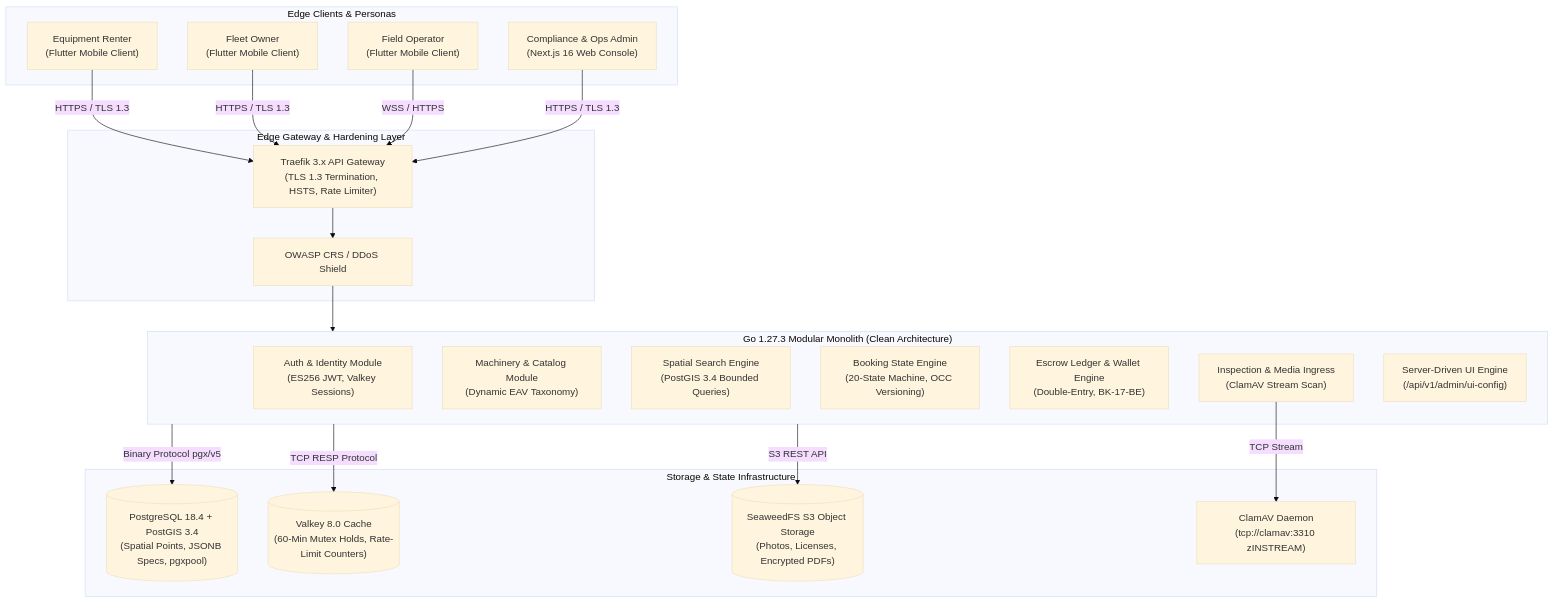
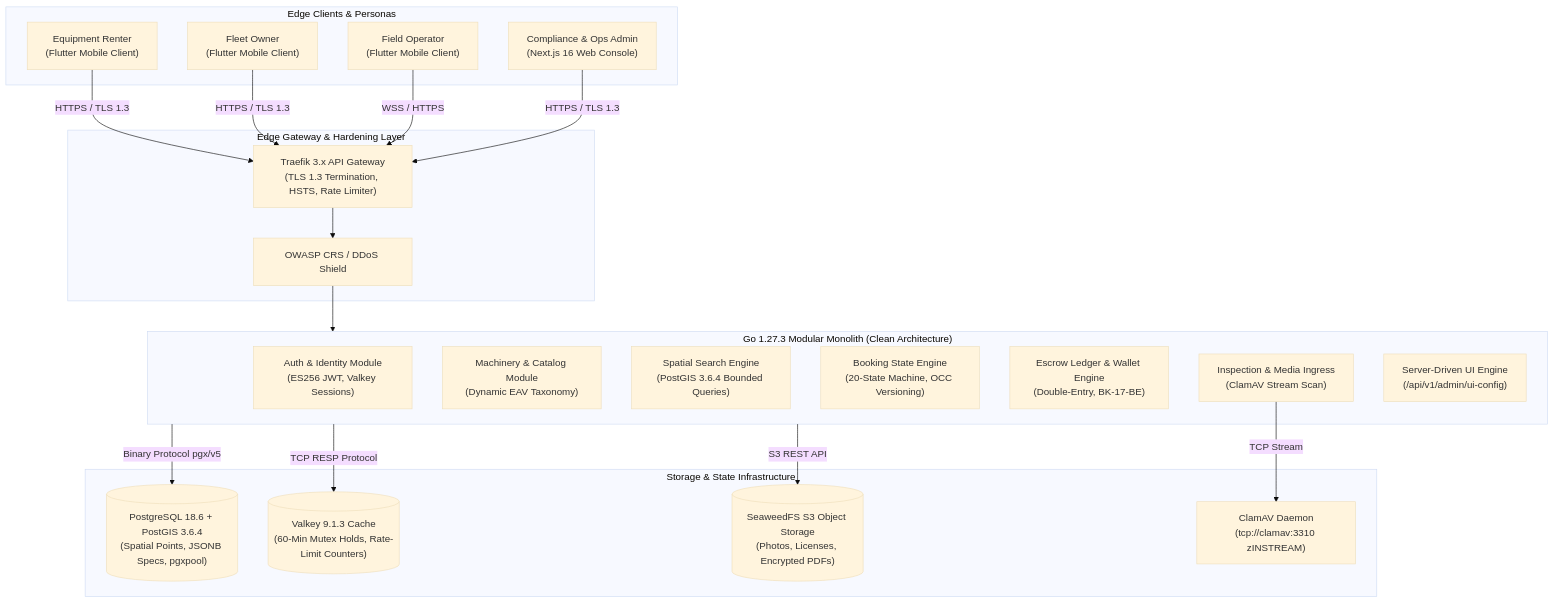
One commit to YDink/Heavy-Machinery-Logistics-Rental changed the first of 20 diagrams in docs/source/Dink_Machinery_UI_UX_Design_Brief.md. Above: the diagram before and after it, drawn with Mermaid (base theme). The commit also changed other lines of this file and 212 other files, not shown here.

````diff
--- a/docs/source/Dink_Machinery_UI_UX_Design_Brief.md
+++ b/docs/source/Dink_Machinery_UI_UX_Design_Brief.md
@@ -72,44 +72,44 @@
 ```mermaid
 flowchart TD
     subgraph EdgeClients["Edge Clients & Personas"]
         Renter["Equipment Renter<br>(Flutter Mobile Client)"]
         Owner["Fleet Owner<br>(Flutter Mobile Client)"]
         Operator["Field Operator<br>(Flutter Mobile Client)"]
         Admin["Compliance & Ops Admin<br>(Next.js 16 Web Console)"]
     end
 
     subgraph EdgeIngress["Edge Gateway & Hardening Layer"]
         Traefik["Traefik 3.x API Gateway<br>(TLS 1.3 Termination, HSTS, Rate Limiter)"]
         WAF["OWASP CRS / DDoS Shield"]
     end
 
     subgraph CoreBackend["Go 1.27.3 Modular Monolith (Clean Architecture)"]
         AuthMod["Auth & Identity Module<br>(ES256 JWT, Valkey Sessions)"]
         FleetMod["Machinery & Catalog Module<br>(Dynamic EAV Taxonomy)"]
-        GeoMod["Spatial Search Engine<br>(PostGIS 3.4 Bounded Queries)"]
+        GeoMod["Spatial Search Engine<br>(PostGIS 3.6.4 Bounded Queries)"]
         BookingMod["Booking State Engine<br>(20-State Machine, OCC Versioning)"]
         PaymentMod["Escrow Ledger & Wallet Engine<br>(Double-Entry, BK-17-BE)"]
         InspectMod["Inspection & Media Ingress<br>(ClamAV Stream Scan)"]
         AdminUIMod["Server-Driven UI Engine<br>(/api/v1/admin/ui-config)"]
     end
 
     subgraph PersistenceInfra["Storage & State Infrastructure"]
-        Postgres[("PostgreSQL 18.4 + PostGIS 3.4<br>(Spatial Points, JSONB Specs, pgxpool)")]
-        Valkey[("Valkey 8.0 Cache<br>(60-Min Mutex Holds, Rate-Limit Counters)")]
+        Postgres[("PostgreSQL 18.6 + PostGIS 3.6.4<br>(Spatial Points, JSONB Specs, pgxpool)")]
+        Valkey[("Valkey 9.1.3 Cache<br>(60-Min Mutex Holds, Rate-Limit Counters)")]
         SeaweedFS[("SeaweedFS S3 Object Storage<br>(Photos, Licenses, Encrypted PDFs)")]
         ClamAV["ClamAV Daemon<br>(tcp://clamav:3310 zINSTREAM)"]
     end
 
     Renter -->|HTTPS / TLS 1.3| Traefik
     Owner -->|HTTPS / TLS 1.3| Traefik
     Operator -->|WSS / HTTPS| Traefik
     Admin -->|HTTPS / TLS 1.3| Traefik
 
     Traefik --> WAF
     WAF --> CoreBackend
 
     CoreBackend -->|Binary Protocol pgx/v5| Postgres
     CoreBackend -->|TCP RESP Protocol| Valkey
     CoreBackend -->|S3 REST API| SeaweedFS
     InspectMod -->|TCP Stream| ClamAV
 ```
````
